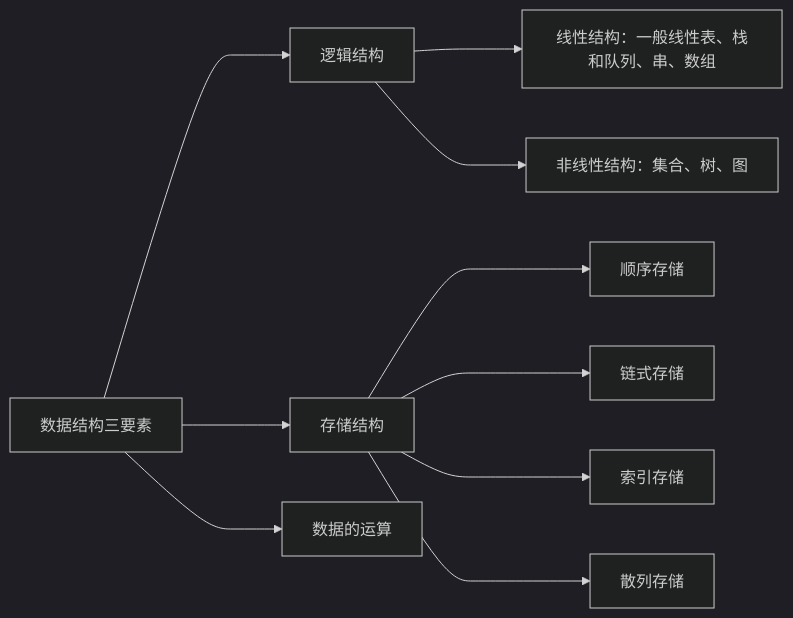
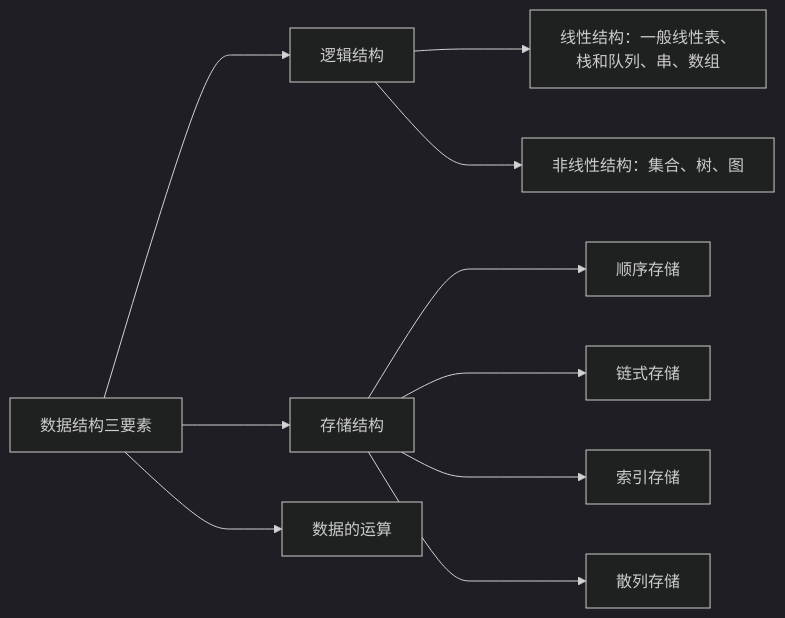
The diagram in docs/考研/408/数据结构/1. 绪论/1.1 数据结构的基本概念.md (SoClear/soclear.github.io), drawn with Mermaid (dark theme) before and after one commit. The commit also changed 1 other file, not shown here.

Commit message:
数据结构

````diff
--- a/docs/考研/408/数据结构/1. 绪论/1.1 数据结构的基本概念.md
+++ b/docs/考研/408/数据结构/1. 绪论/1.1 数据结构的基本概念.md
@@ -3,13 +3,13 @@
 ```mermaid
 graph LR
 
 a[数据结构三要素] ---> b[逻辑结构]
 a ---> c[存储结构]
 a ---> d[数据的运算]
-b ---> e[线性结构：一般线性表、栈和队列、串、数组]
+b ---> e[线性结构：一般线性表、<br/>栈和队列、串、数组]
 b ---> f[非线性结构：集合、树、图]
 c ---> g[顺序存储]
 c ---> h[链式存储]
 c ---> i[索引存储]
 c ---> j[散列存储]
 ```
````
